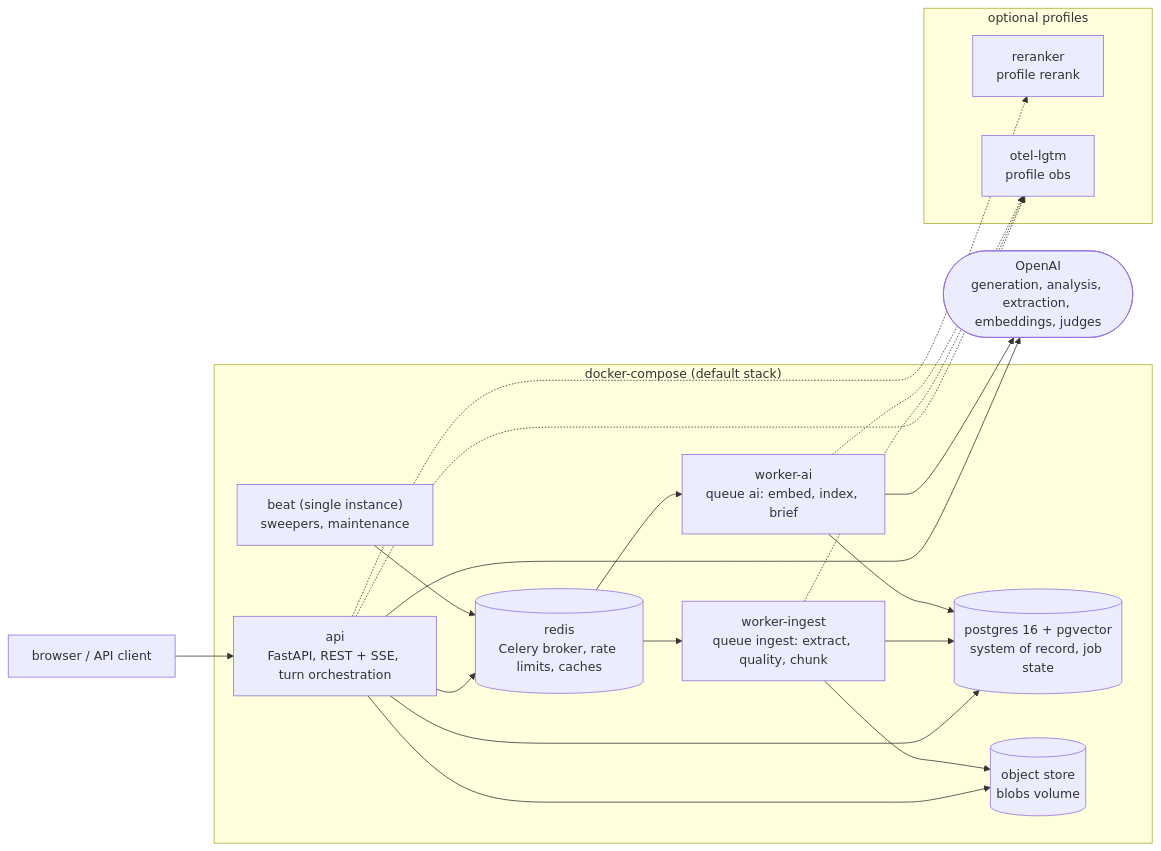
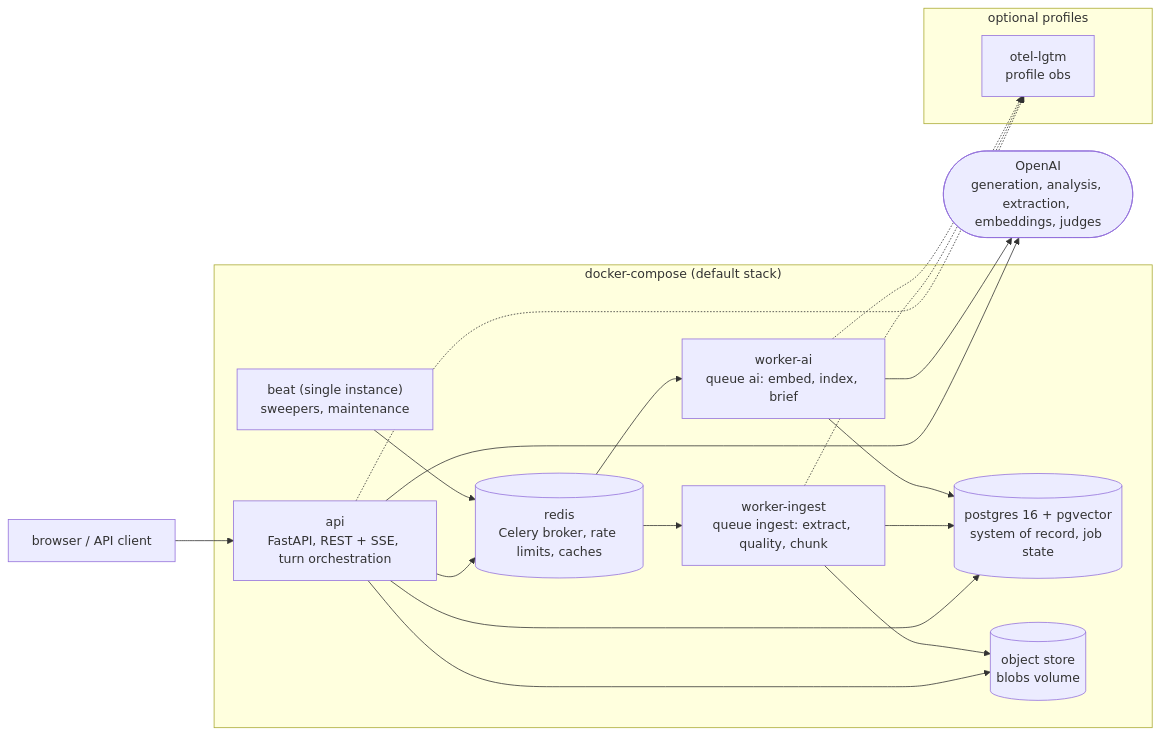
One commit to Madhav2310/Vault-System changed the diagram in docs/img/topology.mmd. Above: the diagram before and after it, drawn with Mermaid. The commit also changed 32 other files, not shown here.

```diff
--- a/docs/img/topology.mmd
+++ b/docs/img/topology.mmd
@@ -1,32 +1,30 @@
 flowchart LR
     client["browser / API client"]
     subgraph compose["docker-compose (default stack)"]
         api["api<br/>FastAPI, REST + SSE, turn orchestration"]
         wi["worker-ingest<br/>queue ingest: extract, quality, chunk"]
         wa["worker-ai<br/>queue ai: embed, index, brief"]
         beat["beat (single instance)<br/>sweepers, maintenance"]
         pg[("postgres 16 + pgvector<br/>system of record, job state")]
         redis[("redis<br/>Celery broker, rate limits, caches")]
         blobs[("object store<br/>blobs volume")]
     end
     subgraph optional["optional profiles"]
-        rr["reranker<br/>profile rerank"]
         obs["otel-lgtm<br/>profile obs"]
     end
     openai(["OpenAI<br/>generation, analysis, extraction, embeddings, judges"])
     client --> api
     api --> pg
     api --> redis
     api --> blobs
-    api -.-> rr
     api --> openai
     redis --> wi
     redis --> wa
     beat --> redis
     wi --> pg
     wi --> blobs
     wa --> pg
     wa --> openai
     api -.-> obs
     wi -.-> obs
     wa -.-> obs
```
